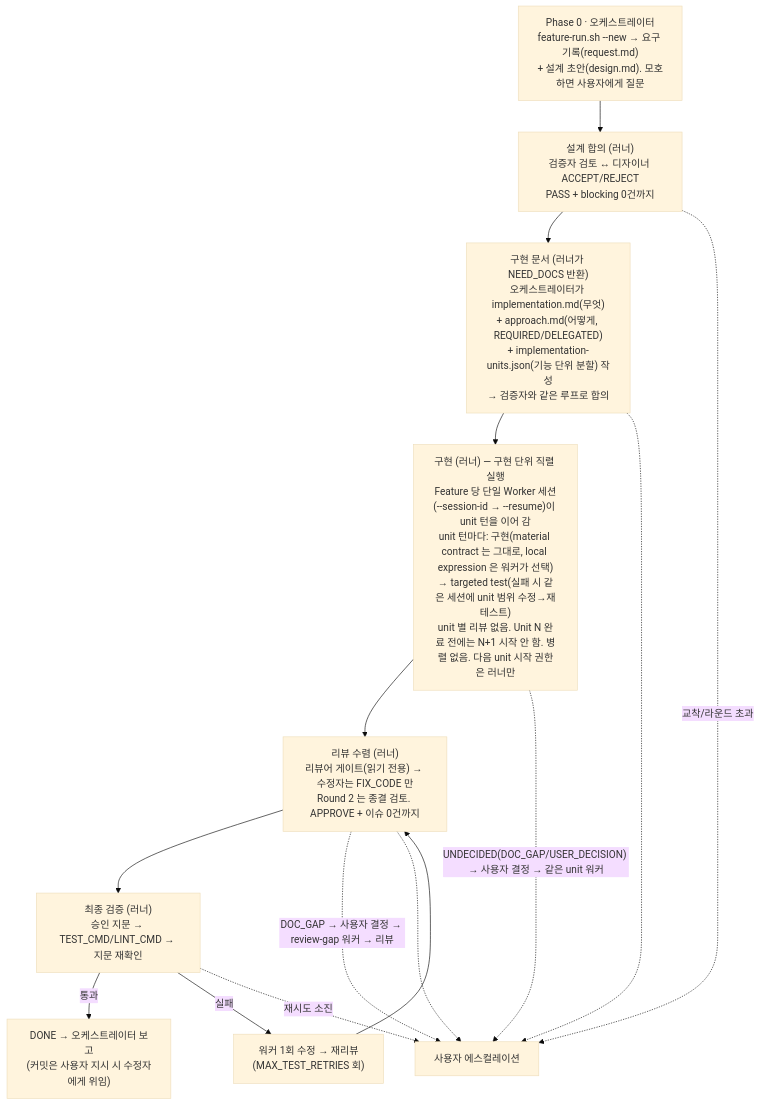
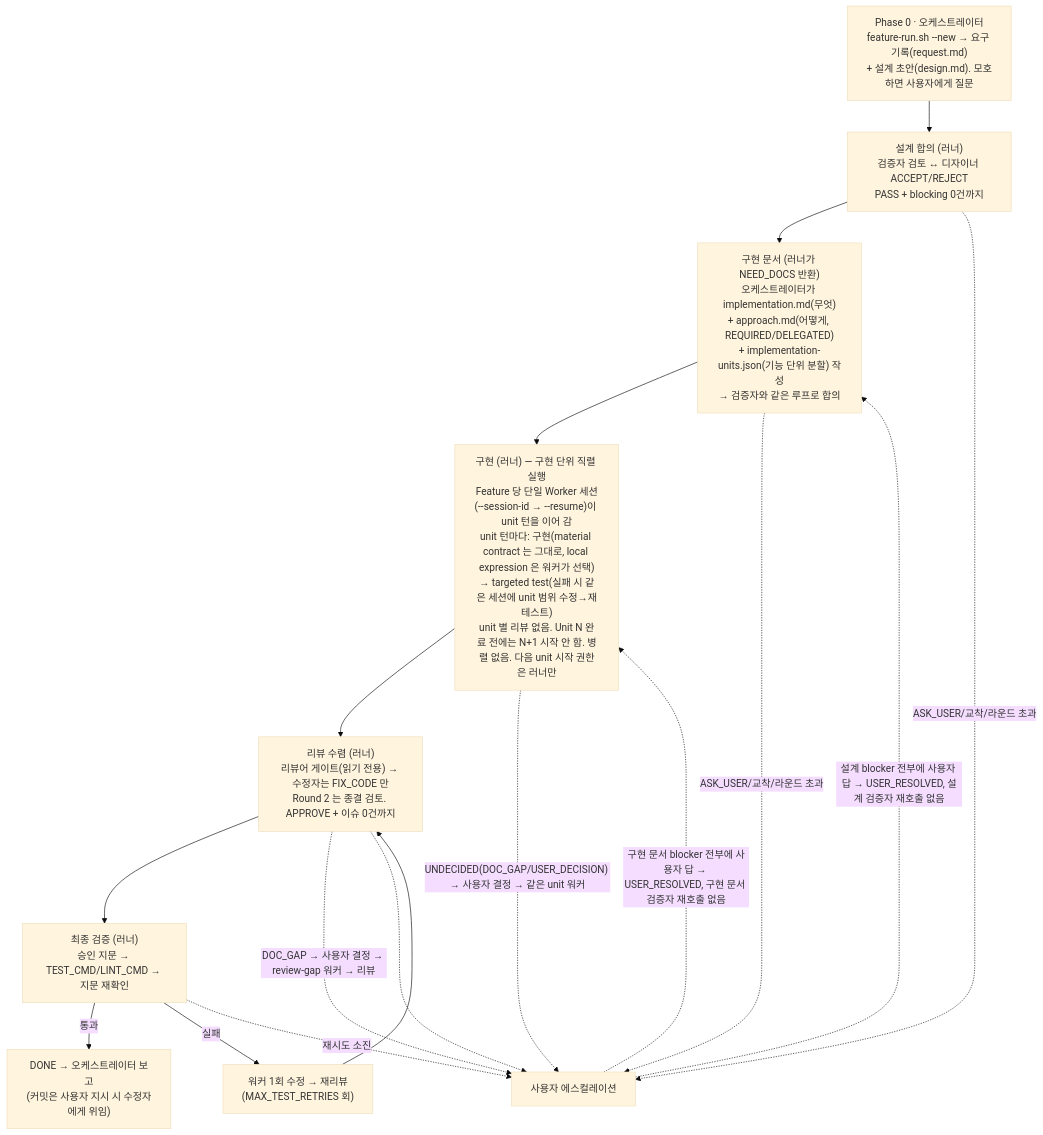
One commit to DEV-asdf-516/feature-skill changed the diagram in README.md. Above: the diagram before and after it, drawn with Mermaid (base theme).

Commit message:
docs: README 파이프라인 차트에 합의 에스컬레이션 사용자 수리 경로 추가
- 설계·구현 문서 합의 → 사용자 에스컬레이션 점선에 ASK_USER 표기
- 사용자 에스컬레이션 → 다음 단계 복귀 화살표 추가(모든 blocker 에 사용자 답 → USER_RESOLVED, 그 단계 검증자 재호출 없음)

````diff
--- a/README.md
+++ b/README.md
@@ -26,16 +26,18 @@
 ```mermaid
 flowchart TD
     P0["Phase 0 · 오케스트레이터\nfeature-run.sh --new → 요구 기록(request.md)\n+ 설계 초안(design.md). 모호하면 사용자에게 질문"] --> P1
     P1["설계 합의 (러너)\n검증자 검토 ↔ 디자이너 ACCEPT/REJECT\nPASS + blocking 0건까지"] --> P15
     P15["구현 문서 (러너가 NEED_DOCS 반환)\n오케스트레이터가 implementation.md(무엇)\n+ approach.md(어떻게, REQUIRED/DELEGATED)\n+ implementation-units.json(기능 단위 분할) 작성\n→ 검증자와 같은 루프로 합의"] --> P2
     P2["구현 (러너) — 구현 단위 직렬 실행\nFeature 당 단일 Worker 세션(--session-id → --resume)이 unit 턴을 이어 감\nunit 턴마다: 구현(material contract 는 그대로, local expression 은 워커가 선택)\n→ targeted test(실패 시 같은 세션에 unit 범위 수정→재테스트)\nunit 별 리뷰 없음. Unit N 완료 전에는 N+1 시작 안 함. 병렬 없음. 다음 unit 시작 권한은 러너만"] --> P3
     P3["리뷰 수렴 (러너)\n리뷰어 게이트(읽기 전용) → 수정자는 FIX_CODE 만\nRound 2 는 종결 검토. APPROVE + 이슈 0건까지"] --> P4
     P3 -.DOC_GAP → 사용자 결정 → review-gap 워커 → 리뷰.-> ESC
     P4["최종 검증 (러너)\n승인 지문 → TEST_CMD/LINT_CMD → 지문 재확인"] -->|통과| DONE["DONE → 오케스트레이터 보고\n(커밋은 사용자 지시 시 수정자에게 위임)"]
     P4 -->|실패| P2R["워커 1회 수정 → 재리뷰\n(MAX_TEST_RETRIES 회)"] --> P3
     P2 -.UNDECIDED(DOC_GAP/USER_DECISION) → 사용자 결정 → 같은 unit 워커.-> ESC
-    P1 -.교착/라운드 초과.-> ESC["사용자 에스컬레이션"]
-    P15 -.-> ESC
+    P1 -.ASK_USER/교착/라운드 초과.-> ESC["사용자 에스컬레이션"]
+    P15 -.ASK_USER/교착/라운드 초과.-> ESC
+    ESC -.설계 blocker 전부에 사용자 답 → USER_RESOLVED, 설계 검증자 재호출 없음.-> P15
+    ESC -.구현 문서 blocker 전부에 사용자 답 → USER_RESOLVED, 구현 문서 검증자 재호출 없음.-> P2
     P3 -.-> ESC
     P4 -.재시도 소진.-> ESC
 ```
````
